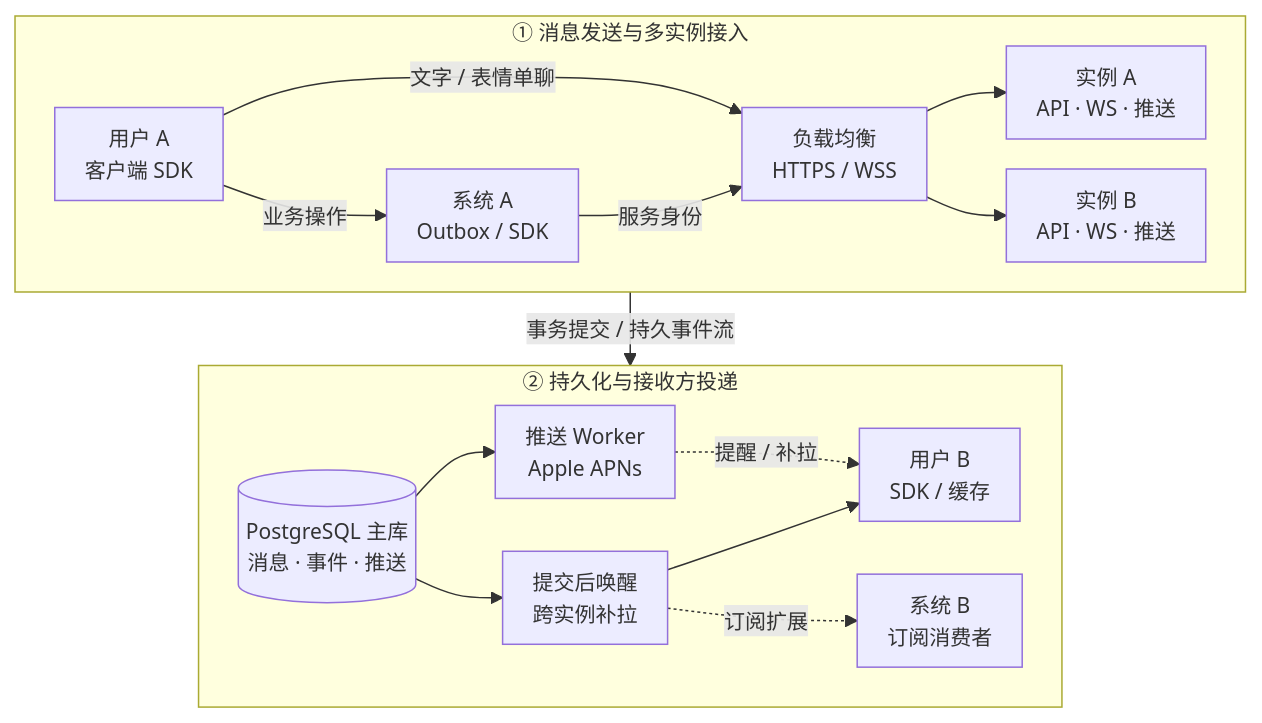
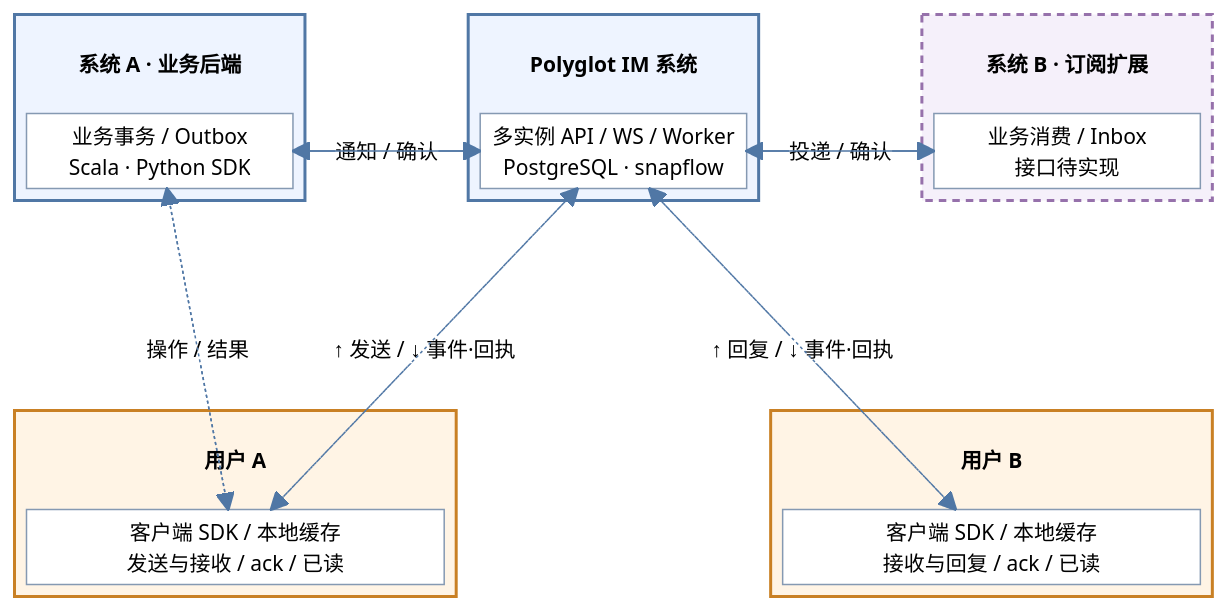
The diagram in README.md (bitlap/polyglot-im), drawn with Mermaid before and after one commit. The commit also changed other lines of this file and 8 other files, not shown here.

Commit message:
docs: group architecture diagrams by system and user

````diff
--- a/README.md
+++ b/README.md
@@ -9,23 +9,53 @@
 ```mermaid
-%%{init: {"flowchart": {"nodeSpacing": 20, "rankSpacing": 28, "padding": 10}, "themeVariables": {"fontSize": "14px"}}}%%
-flowchart TB
-  subgraph Ingress["① 消息发送与多实例接入"]
-    direction LR
-    UA["用户 A<br/>客户端 SDK"] -->|"文字 / 表情单聊"| Gateway["负载均衡<br/>HTTPS / WSS"]
-    SA["系统 A<br/>Outbox / SDK"] -->|"服务身份"| Gateway
-    UA -->|"业务操作"| SA
-    Gateway --> A["实例 A<br/>API · WS · 推送"]
-    Gateway --> B["实例 B<br/>API · WS · 推送"]
+%%{init: {"theme": "base", "themeVariables": {"fontSize": "14px", "primaryColor": "#ffffff", "primaryBorderColor": "#8599b2", "primaryTextColor": "#24364b", "lineColor": "#5077a5"}, "themeCSS": ".edge-pattern-dotted { stroke: #c47a1c !important; stroke-width: 2px !important; stroke-dasharray: 4 8 !important; } .edge-pattern-solid { stroke: #5077a5 !important; }"}}%%
+block-beta
+  columns 8
+  block:Business:2
+    columns 1
+    BusinessTitle["系统 A · 业务后端"]
+    SA["业务事务 / Outbox<br/>Scala · Python SDK"]
   end
-
-  subgraph Delivery["② 持久化与接收方投递"]
-    direction LR
-    DB[("PostgreSQL 主库<br/>消息 · 事件 · 推送")] --> Route["提交后唤醒<br/>跨实例补拉"]
-    Route --> UB["用户 B<br/>SDK / 缓存"]
-    Route -.->|"订阅扩展"| SB["系统 B<br/>订阅消费者"]
-    DB --> Push["推送 Worker<br/>Apple APNs"]
-    Push -.->|"提醒 / 补拉"| UB
+  space
+  block:IM:2
+    columns 1
+    IMTitle["Polyglot IM 系统"]
+    API["多实例 API / WS / Worker<br/>PostgreSQL · snapflow"]
   end
-
-  Ingress -->|"事务提交 / 持久事件流"| Delivery
+  space
+  block:Subscriber:2
+    columns 1
+    SubscriberTitle["系统 B · 订阅扩展"]
+    SB["业务消费 / Inbox<br/>接口待实现"]
+  end
+  space:8
+  block:Alice:3
+    columns 1
+    AliceTitle["用户 A"]
+    UA["客户端 SDK / 本地缓存<br/>发送与接收 / ack / 已读"]
+  end
+  space:2
+  block:Bob:3
+    columns 1
+    BobTitle["用户 B"]
+    UB["客户端 SDK / 本地缓存<br/>接收与回复 / ack / 已读"]
+  end
+  SA -- "通知 / 确认" --> API
+  API --> SA
+  API -- "投递 / 确认" --> SB
+  SB --> API
+  API -. "↑ 发送 / ↓ 事件·回执" .-> UA
+  UA -.-> API
+  API -. "↑ 回复 / ↓ 事件·回执" .-> UB
+  UB -.-> API
+  SA -. "操作 / 结果" .-> UA
+  UA -.-> SA
+  style Business fill:#eef4ff,stroke:#5077a5,stroke-width:2px
+  style IM fill:#eef4ff,stroke:#5077a5,stroke-width:2px
+  style Subscriber fill:#f5f0fa,stroke:#9671ab,stroke-width:2px,stroke-dasharray:5 4
+  style Alice fill:#fff4e5,stroke:#c98024,stroke-width:2px
+  style Bob fill:#fff4e5,stroke:#c98024,stroke-width:2px
+  classDef title fill:none,stroke:none,font-weight:bold
+  class BusinessTitle,IMTitle,SubscriberTitle,AliceTitle,BobTitle title
+  classDef component fill:#fff,stroke:#8599b2
+  class SA,API,SB,UA,UB component
 ```
````
